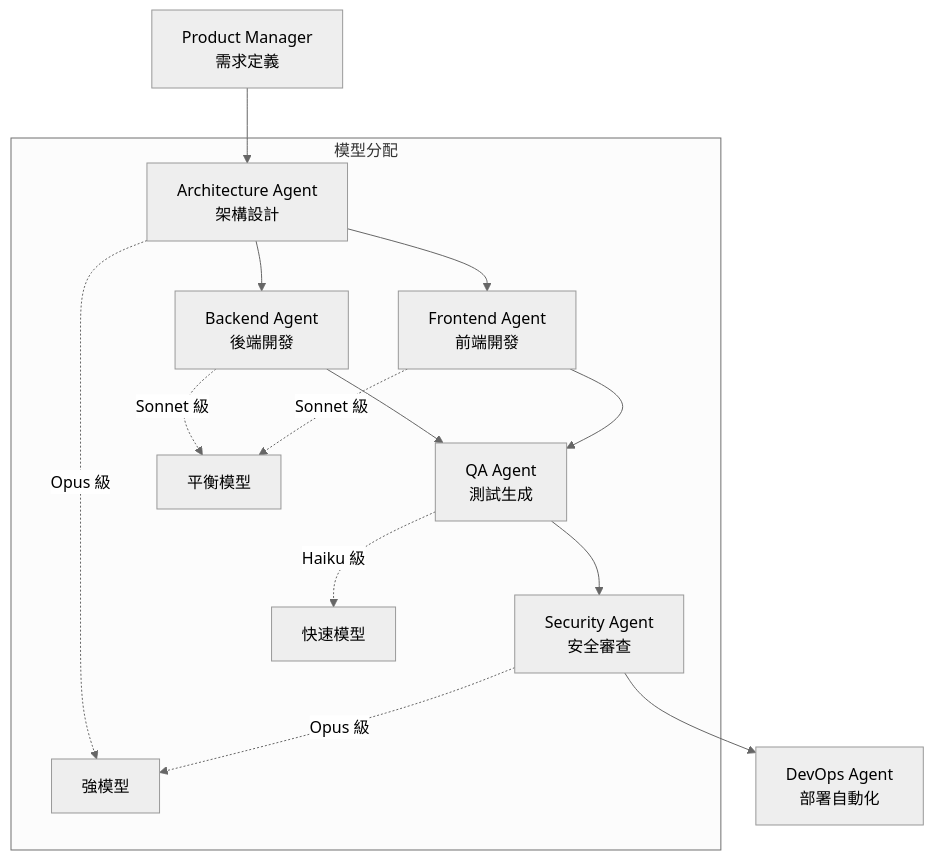
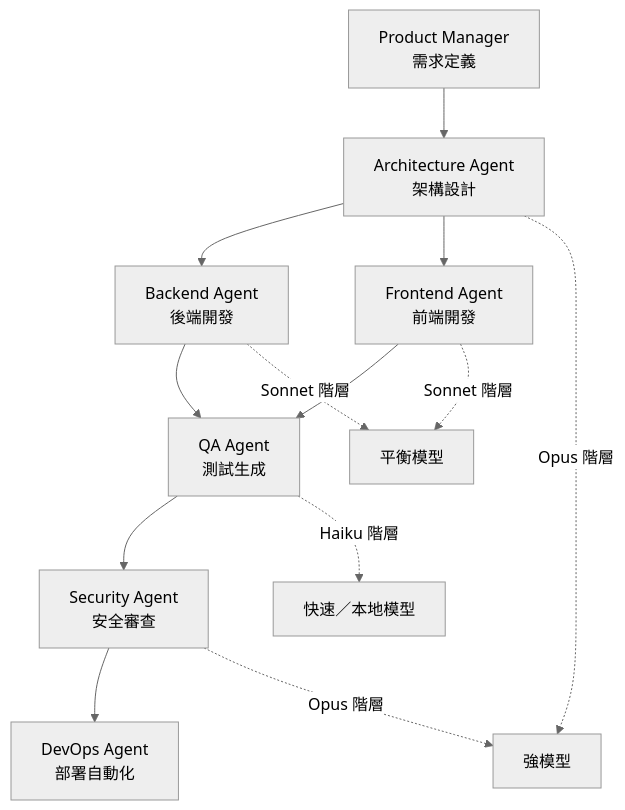
Diagram 19 of 27 in content/posts/教學/AI開發/free-claude-code 教學手冊.md (chihhung/Blog), drawn with Mermaid (neutral theme) before and after one commit. The commit also changed other lines of this file and 1 other file, not shown here.

````diff
--- a/content/posts/教學/AI開發/free-claude-code 教學手冊.md
+++ b/content/posts/教學/AI開發/free-claude-code 教學手冊.md
@@ -1626,18 +2459,16 @@
 ```mermaid
 graph TD
     PM[Product Manager<br/>需求定義] --> ARCH[Architecture Agent<br/>架構設計]
     ARCH --> BE[Backend Agent<br/>後端開發]
     ARCH --> FE[Frontend Agent<br/>前端開發]
     BE --> QA[QA Agent<br/>測試生成]
     FE --> QA
     QA --> SEC[Security Agent<br/>安全審查]
     SEC --> DEVOPS[DevOps Agent<br/>部署自動化]
 
-    subgraph "模型分配"
-        ARCH -.->|Opus 級| M1[強模型]
-        BE -.->|Sonnet 級| M2[平衡模型]
-        FE -.->|Sonnet 級| M2
-        QA -.->|Haiku 級| M3[快速模型]
-        SEC -.->|Opus 級| M1
-    end
+    ARCH -.Opus 階層.-> M1[強模型]
+    SEC -.Opus 階層.-> M1
+    BE -.Sonnet 階層.-> M2[平衡模型]
+    FE -.Sonnet 階層.-> M2
+    QA -.Haiku 階層.-> M3[快速／本地模型]
 ```
````
